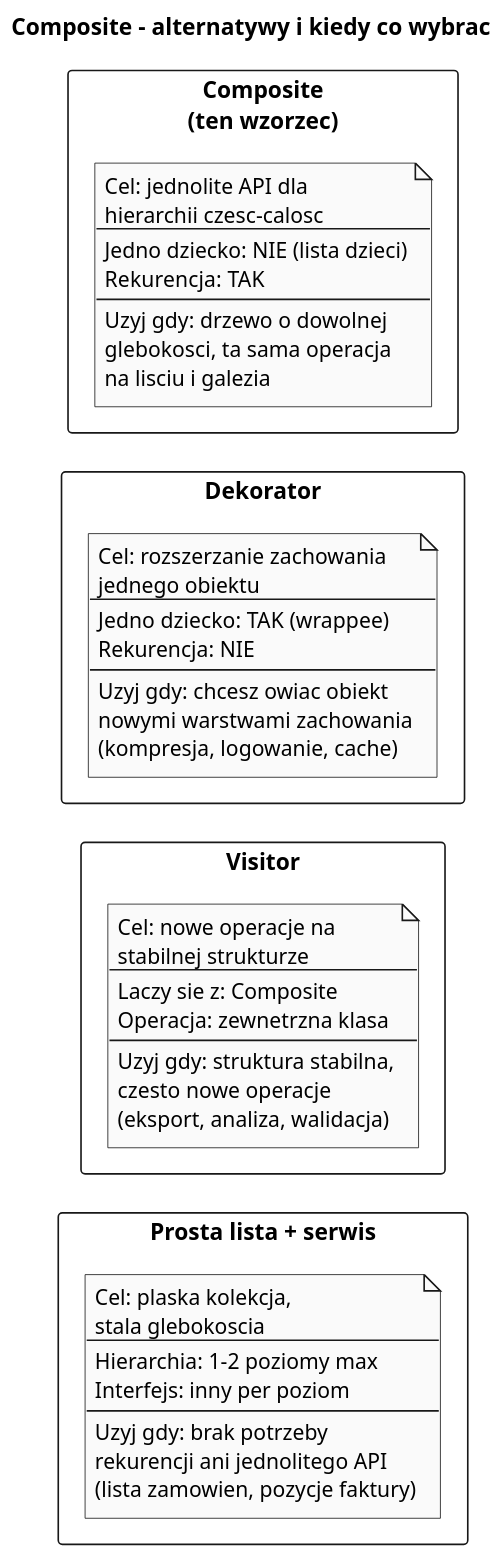
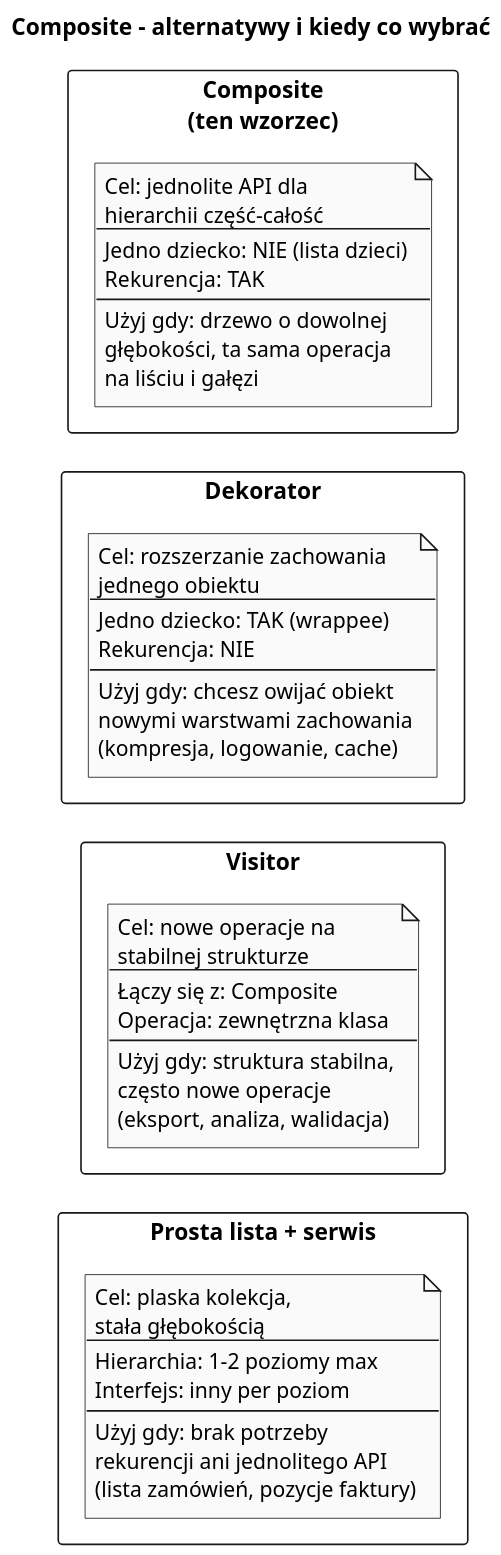
The diagram in src/12-kompozyt/06-alternatywy-i-kiedy-nie/diagrams/01-alternatives.puml (tborzyszkowski/DesignPatterns), drawn with PlantUML before and after one commit. The commit also changed 87 other files, not shown here.

```diff
--- a/src/12-kompozyt/06-alternatywy-i-kiedy-nie/diagrams/01-alternatives.puml
+++ b/src/12-kompozyt/06-alternatywy-i-kiedy-nie/diagrams/01-alternatives.puml
@@ -1,67 +1,67 @@
 @startuml composite_alternatives
-title Composite - alternatywy i kiedy co wybrac
+title Composite - alternatywy i kiedy co wybrać
 
 skinparam monochrome true
 skinparam dpi 150
 
 rectangle "Composite\n(ten wzorzec)" {
     note as C
       Cel: jednolite API dla
-      hierarchii czesc-calosc
+      hierarchii część-całość
       ----
       Jedno dziecko: NIE (lista dzieci)
       Rekurencja: TAK
       ----
-      Uzyj gdy: drzewo o dowolnej
-      glebokosci, ta sama operacja
-      na lisciu i galezia
+      Użyj gdy: drzewo o dowolnej
+      głębokości, ta sama operacja
+      na liściu i gałęzi
     end note
 }
 
 rectangle "Dekorator" {
     note as D
       Cel: rozszerzanie zachowania
       jednego obiektu
       ----
       Jedno dziecko: TAK (wrappee)
       Rekurencja: NIE
       ----
-      Uzyj gdy: chcesz owiac obiekt
+      Użyj gdy: chcesz owijać obiekt
       nowymi warstwami zachowania
       (kompresja, logowanie, cache)
     end note
 }
 
 rectangle "Visitor" {
     note as V
       Cel: nowe operacje na
       stabilnej strukturze
       ----
-      Laczy sie z: Composite
-      Operacja: zewnetrzna klasa
+      Łączy się z: Composite
+      Operacja: zewnętrzna klasa
       ----
-      Uzyj gdy: struktura stabilna,
-      czesto nowe operacje
+      Użyj gdy: struktura stabilna,
+      często nowe operacje
       (eksport, analiza, walidacja)
     end note
 }
 
 rectangle "Prosta lista + serwis" {
     note as F
       Cel: plaska kolekcja,
-      stala glebokoscia
+      stała głębokością
       ----
       Hierarchia: 1-2 poziomy max
       Interfejs: inny per poziom
       ----
-      Uzyj gdy: brak potrzeby
+      Użyj gdy: brak potrzeby
       rekurencji ani jednolitego API
-      (lista zamowien, pozycje faktury)
+      (lista zamówień, pozycje faktury)
     end note
 }
 
 C -[hidden]- D
 D -[hidden]- V
 V -[hidden]- F
 
 @enduml
```
